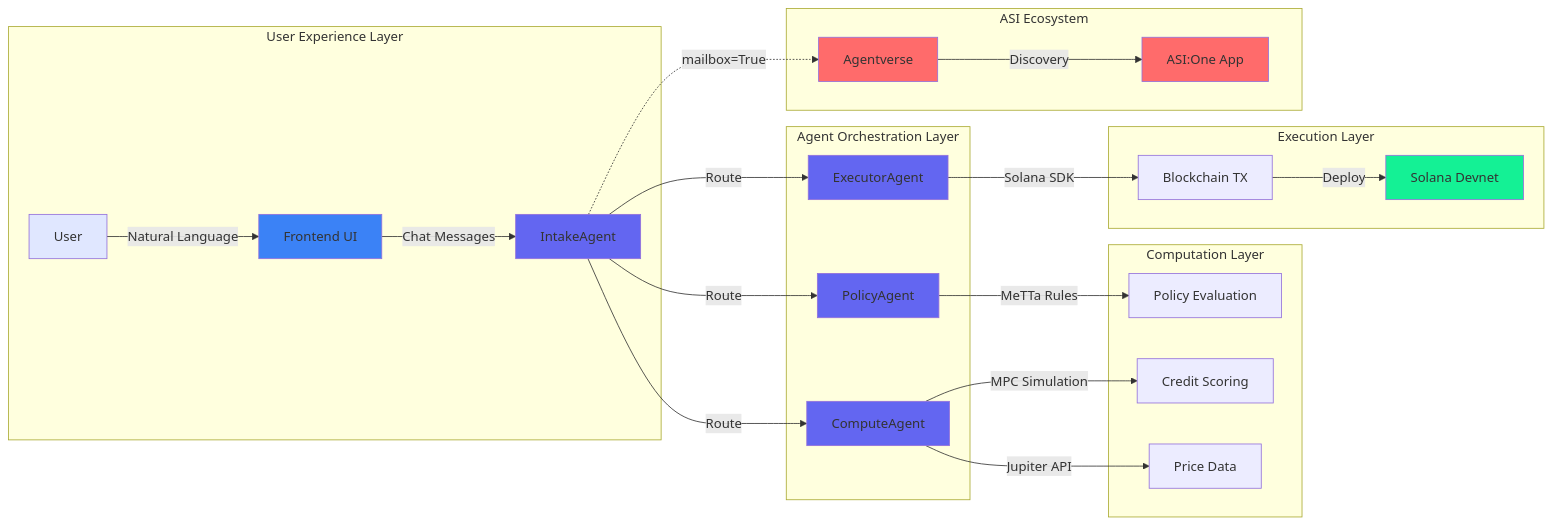
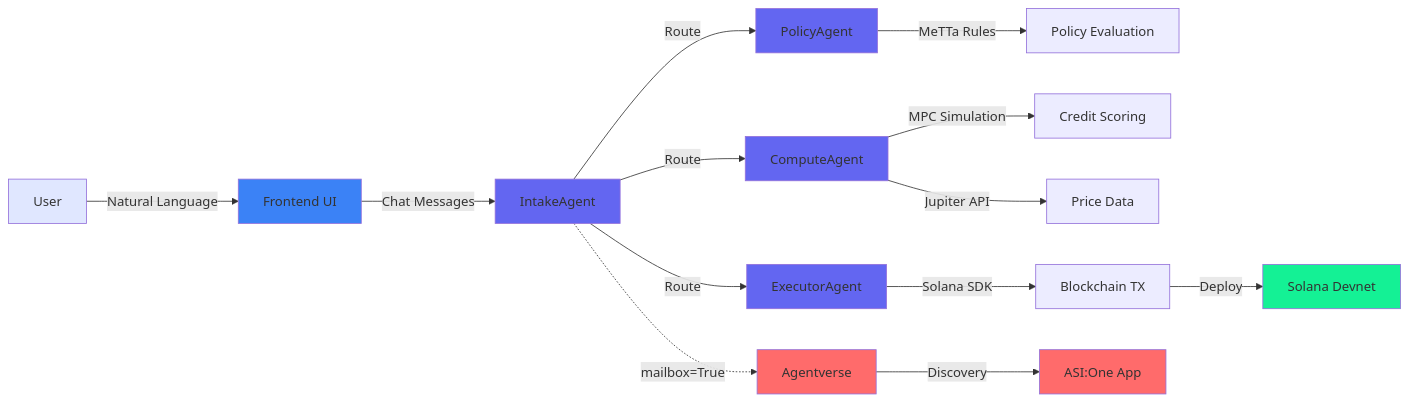
One commit to Marcos-sxt/cypherguy changed the diagram in cypherguy/docs/diagrams/system-overview.mmd. Above: the diagram before and after it, drawn with Mermaid. The commit also changed 1 other file, not shown here.

Commit message:
fix(diagrams): remove gray backgrounds from Mermaid diagrams
- Remove subgraphs to eliminate gray background boxes
- Reorganize diagrams using comments for grouping
- Maintain visual clarity without gray backgrounds
- All diagrams now have clean white/transparent backgrounds

```diff
--- a/cypherguy/docs/diagrams/system-overview.mmd
+++ b/cypherguy/docs/diagrams/system-overview.mmd
@@ -1,37 +1,32 @@
 graph LR
-    subgraph "User Experience Layer"
-        A[User] -->|Natural Language| B[Frontend UI]
-        B -->|Chat Messages| C[IntakeAgent]
-    end
+    %% User Experience Layer
+    A[User] -->|Natural Language| B[Frontend UI]
+    B -->|Chat Messages| C[IntakeAgent]
 
-    subgraph "Agent Orchestration Layer"
-        C -->|Route| D[PolicyAgent]
-        C -->|Route| E[ComputeAgent]
-        C -->|Route| F[ExecutorAgent]
-    end
+    %% Agent Orchestration Layer
+    C -->|Route| D[PolicyAgent]
+    C -->|Route| E[ComputeAgent]
+    C -->|Route| F[ExecutorAgent]
 
-    subgraph "Computation Layer"
-        D -->|MeTTa Rules| G[Policy Evaluation]
-        E -->|MPC Simulation| H[Credit Scoring]
-        E -->|Jupiter API| I[Price Data]
-    end
+    %% Computation Layer
+    D -->|MeTTa Rules| G[Policy Evaluation]
+    E -->|MPC Simulation| H[Credit Scoring]
+    E -->|Jupiter API| I[Price Data]
 
-    subgraph "Execution Layer"
-        F -->|Solana SDK| J[Blockchain TX]
-        J -->|Deploy| K[Solana Devnet]
-    end
+    %% Execution Layer
+    F -->|Solana SDK| J[Blockchain TX]
+    J -->|Deploy| K[Solana Devnet]
 
-    subgraph "ASI Ecosystem"
-        C -.->|mailbox=True| L[Agentverse]
-        L -->|Discovery| M[ASI:One App]
-    end
+    %% ASI Ecosystem
+    C -.->|mailbox=True| L[Agentverse]
+    L -->|Discovery| M[ASI:One App]
 
     style A fill:#e0e7ff
     style B fill:#3b82f6
     style C fill:#6366f1
     style D fill:#6366f1
     style E fill:#6366f1
     style F fill:#6366f1
     style K fill:#14f195
     style L fill:#ff6b6b
     style M fill:#ff6b6b
```
